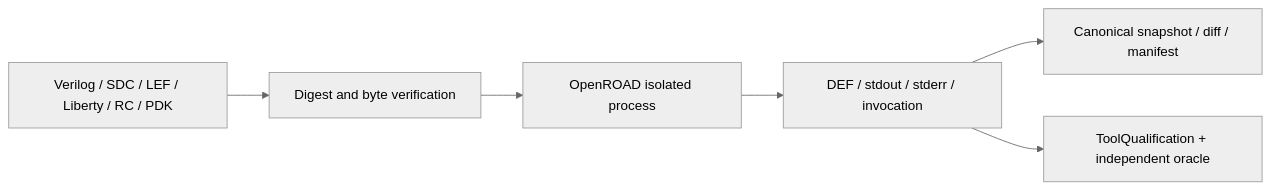
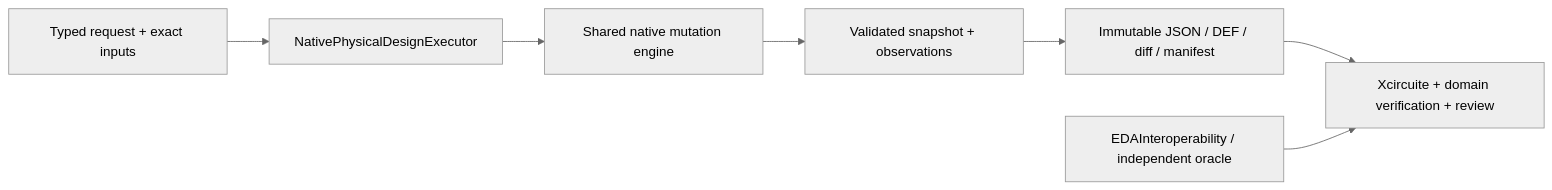
One commit to 1amageek/PhysicalDesignEngine changed the diagram in DESIGN.md. Above: the diagram before and after it, drawn with Mermaid (neutral theme). The commit also changed other lines of this file and 4 other files, not shown here.

Commit message:
Fix native routing connectivity and DEF clause parsing

````diff
--- a/DESIGN.md
+++ b/DESIGN.md
@@ -65,8 +38,9 @@
 ```mermaid
 flowchart LR
-  Inputs["Verilog / SDC / LEF / Liberty / RC / PDK"] --> Verify["Digest and byte verification"]
-  Verify --> OpenROAD["OpenROAD isolated process"]
-  OpenROAD --> Raw["DEF / stdout / stderr / invocation"]
-  Raw --> Canonical["Canonical snapshot / diff / manifest"]
-  Raw --> TQ["ToolQualification + independent oracle"]
+  Request["Typed request + exact inputs"] --> Executor["NativePhysicalDesignExecutor"]
+  Executor --> Mutation["Shared native mutation engine"]
+  Mutation --> State["Validated snapshot + observations"]
+  State --> Store["Immutable JSON / DEF / diff / manifest"]
+  Store --> Host["Xcircuite + domain verification + review"]
+  External["EDAInteroperability / independent oracle"] --> Host
 ```
````
